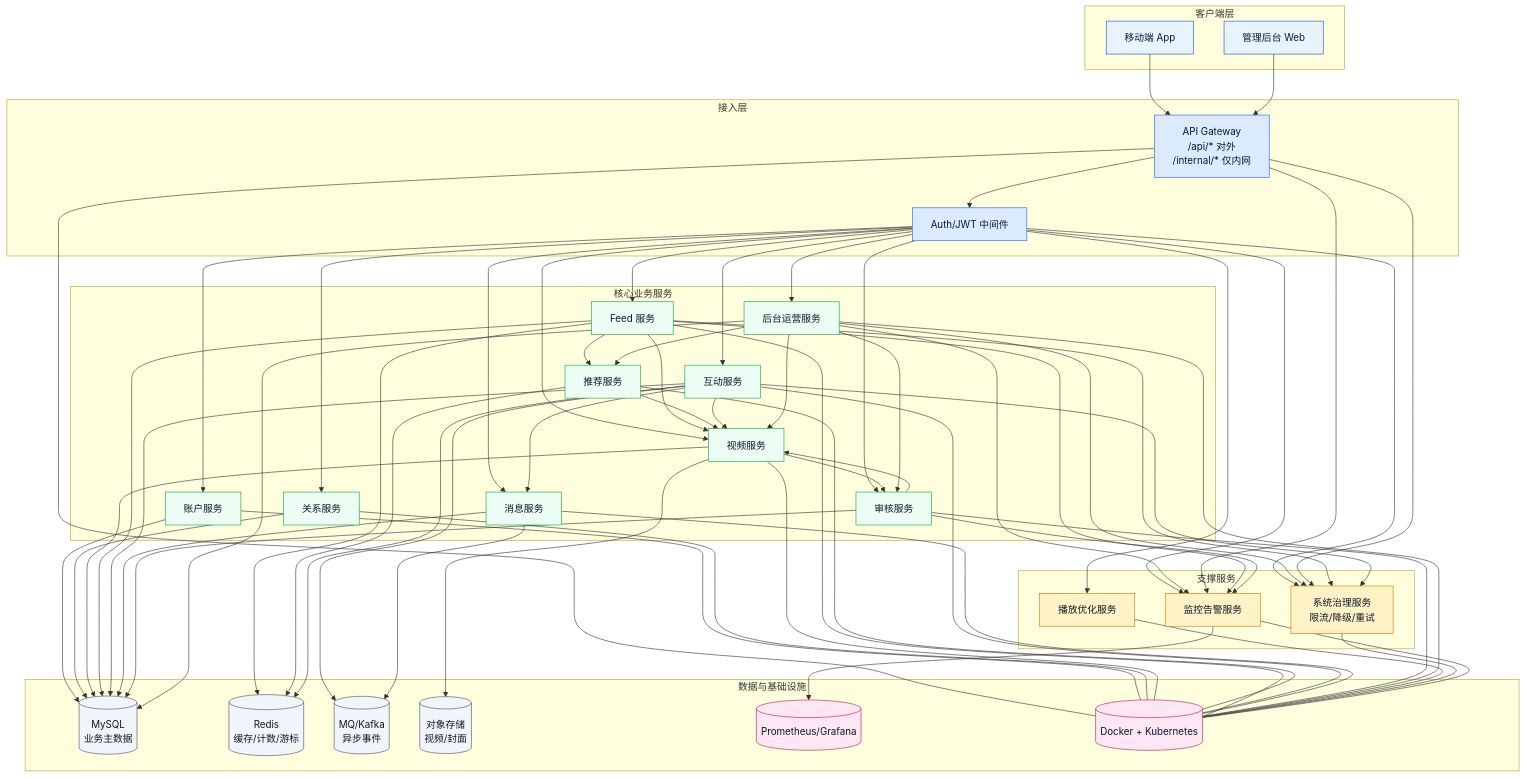
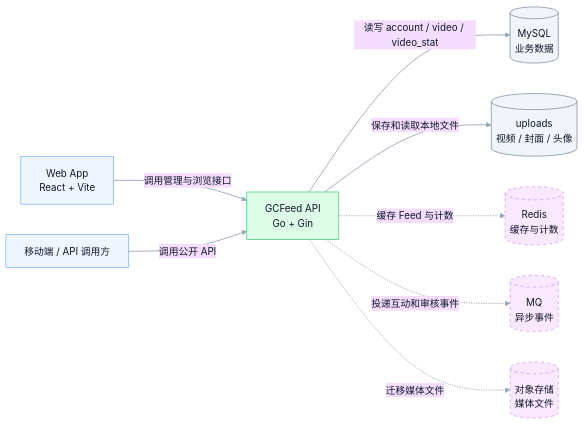
One commit to shiyudesu/frux changed the first of 5 diagrams in docs/architecture.md. Above: the diagram before and after it, drawn with Mermaid. The commit also changed other lines of this file, not shown here.

Commit message:
docs(architecture): 更新 MVP 架构图

````diff
--- a/docs/architecture.md
+++ b/docs/architecture.md
@@ -5,137 +9,43 @@
 ```mermaid
-flowchart TB
-  %% ===== 样式 =====
-  classDef client fill:#E8F4FD,stroke:#1D4ED8,color:#0F172A,stroke-width:1px;
-  classDef gateway fill:#DBEAFE,stroke:#2563EB,color:#0F172A,stroke-width:1px;
-  classDef app fill:#ECFDF3,stroke:#16A34A,color:#0F172A,stroke-width:1px;
-  classDef support fill:#FEF3C7,stroke:#D97706,color:#0F172A,stroke-width:1px;
-  classDef data fill:#F1F5F9,stroke:#475569,color:#0F172A,stroke-width:1px;
-  classDef infra fill:#FCE7F3,stroke:#BE185D,color:#0F172A,stroke-width:1px;
+---
+config:
+  theme: base
+  layout: dagre
+  themeVariables:
+    background: transparent
+    fontFamily: Inter, PingFang SC, Microsoft YaHei, Arial
+    primaryTextColor: "#0F172A"
+    lineColor: "#94A3B8"
+    clusterBkg: "#F8FAFC"
+    clusterBorder: "#CBD5E1"
+---
+flowchart LR
+  %% GCFeed MVP system context
+  classDef client fill:#EFF6FF,stroke:#60A5FA,color:#0F172A,stroke-width:1px;
+  classDef system fill:#DCFCE7,stroke:#22C55E,color:#0F172A,stroke-width:1px;
+  classDef store fill:#F1F5F9,stroke:#64748B,color:#0F172A,stroke-width:1px;
+  classDef future fill:#FAE8FF,stroke:#C084FC,color:#0F172A,stroke-width:1px,stroke-dasharray:5 5;
 
-  %% ===== 客户端层 =====
-  subgraph L1[客户端层]
-    App[移动端 App]
-    Web[管理后台 Web]
-  end
+  Web["Web App<br/>React + Vite"]
+  Client["移动端 / API 调用方"]
+  API["GCFeed API<br/>Go + Gin"]
+  MySQL[("MySQL<br/>业务数据")]
+  Uploads[("uploads<br/>视频 / 封面 / 头像")]
+  Redis[("Redis<br/>缓存与计数")]
+  MQ[("MQ<br/>异步事件")]
+  ObjectStorage[("对象存储<br/>媒体文件")]
 
-  %% ===== 接入层 =====
-  subgraph L2[接入层]
-    Gateway[API Gateway<br/>/api/* 对外<br/>/internal/* 仅内网]
-    Auth[Auth/JWT 中间件]
-  end
+  Web -->|"调用管理与浏览接口"| API
+  Client -->|"调用公开 API"| API
+  API -->|"读写 account / video / video_stat"| MySQL
+  API -->|"保存和读取本地文件"| Uploads
+  API -.->|"缓存 Feed 与计数"| Redis
+  API -.->|"投递互动和审核事件"| MQ
+  API -.->|"迁移媒体文件"| ObjectStorage
 
-  %% ===== 核心业务层 =====
-  subgraph L3[核心业务服务]
-    Account[账户服务]
-    Relation[关系服务]
-    Video[视频服务]
-    Feed[Feed 服务]
-    Reco[推荐服务]
-    Interaction[互动服务]
-    Message[消息服务]
-    Review[审核服务]
-    Admin[后台运营服务]
-  end
-
-  %% ===== 支撑能力层 =====
-  subgraph L4[支撑服务]
-    Playback[播放优化服务]
-    Governance[系统治理服务<br/>限流/降级/重试]
-    Monitoring[监控告警服务]
-  end
-
-  %% ===== 数据与基础设施层 =====
-  subgraph L5[数据与基础设施]
-    MySQL[(MySQL<br/>业务主数据)]
-    Redis[(Redis<br/>缓存/计数/游标)]
-    MQ[(MQ/Kafka<br/>异步事件)]
-    Obj[(对象存储<br/>视频/封面)]
-    Prom[(Prometheus/Grafana)]
-    K8s[(Docker + Kubernetes)]
-  end
-
-  %% ===== 入口链路 =====
-  App --> Gateway
-  Web --> Gateway
-  Gateway --> Auth
-
-  %% ===== 网关到业务 =====
-  Auth --> Account
-  Auth --> Relation
-  Auth --> Video
-  Auth --> Feed
-  Auth --> Interaction
-  Auth --> Message
-  Auth --> Review
-  Auth --> Admin
-  Auth --> Playback
-  Auth --> Governance
-  Auth --> Monitoring
-
-  %% ===== 核心调用关系 =====
-  Feed --> Reco
-  Feed --> Video
-  Reco --> Video
-
-  Interaction --> Message
-  Interaction --> Video
-
-  Video --> Review
-  Review --> Video
-  Admin --> Review
-  Admin --> Video
-  Admin --> Reco
-  Admin --> Governance
-  Admin --> Monitoring
-
-  Gateway --> Governance
-  Feed --> Governance
-  Interaction --> Governance
-  Gateway --> Monitoring
-  Feed --> Monitoring
-  Review --> Monitoring
-
-  %% ===== 业务到存储 =====
-  Account --> MySQL
-  Relation --> MySQL
-  Video --> MySQL
-  Feed --> MySQL
-  Interaction --> MySQL
-  Message --> MySQL
-  Review --> MySQL
-  Admin --> MySQL
-
-  Feed --> Redis
-  Reco --> Redis
-  Interaction --> Redis
-
-  Interaction --> MQ
-  Message --> MQ
-
-  Video --> Obj
-
-  Monitoring --> Prom
-
-  %% ===== 部署承载 =====
-  Gateway --- K8s
-  Account --- K8s
-  Relation --- K8s
-  Video --- K8s
-  Feed --- K8s
-  Reco --- K8s
-  Interaction --- K8s
-  Message --- K8s
-  Review --- K8s
-  Admin --- K8s
-  Playback --- K8s
-  Governance --- K8s
-  Monitoring --- K8s
-
-  %% ===== 应用样式 =====
-  class App,Web client;
-  class Gateway,Auth gateway;
-  class Account,Relation,Video,Feed,Reco,Interaction,Message,Review,Admin app;
-  class Playback,Governance,Monitoring support;
-  class MySQL,Redis,MQ,Obj data;
-  class Prom,K8s infra;
+  class Web,Client client;
+  class API system;
+  class MySQL,Uploads store;
+  class Redis,MQ,ObjectStorage future;
+  linkStyle default stroke:#94A3B8,stroke-width:1.4px
 ```
````
